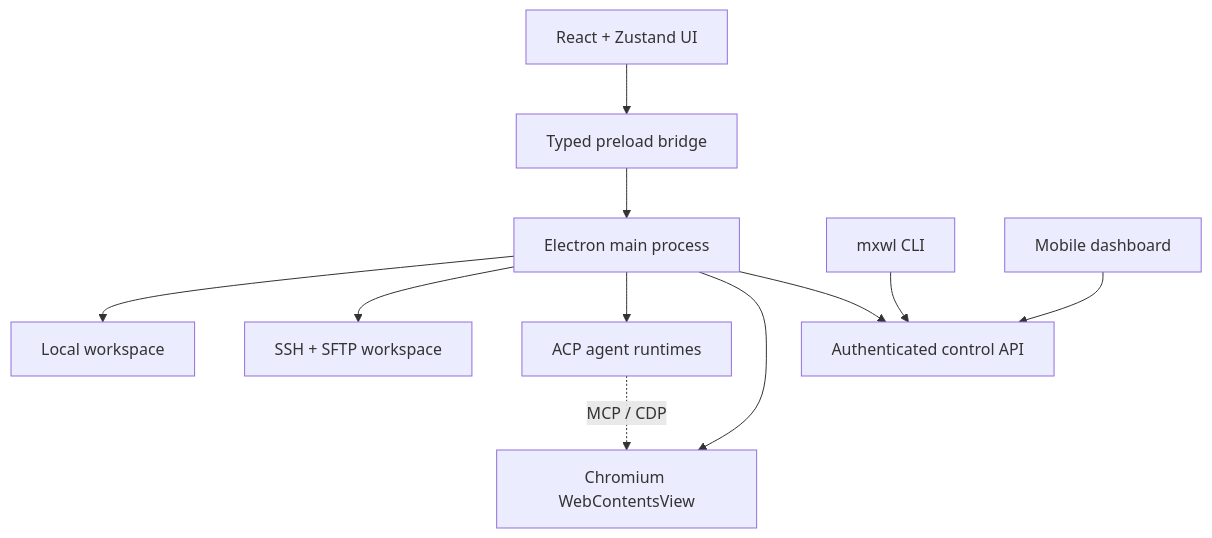
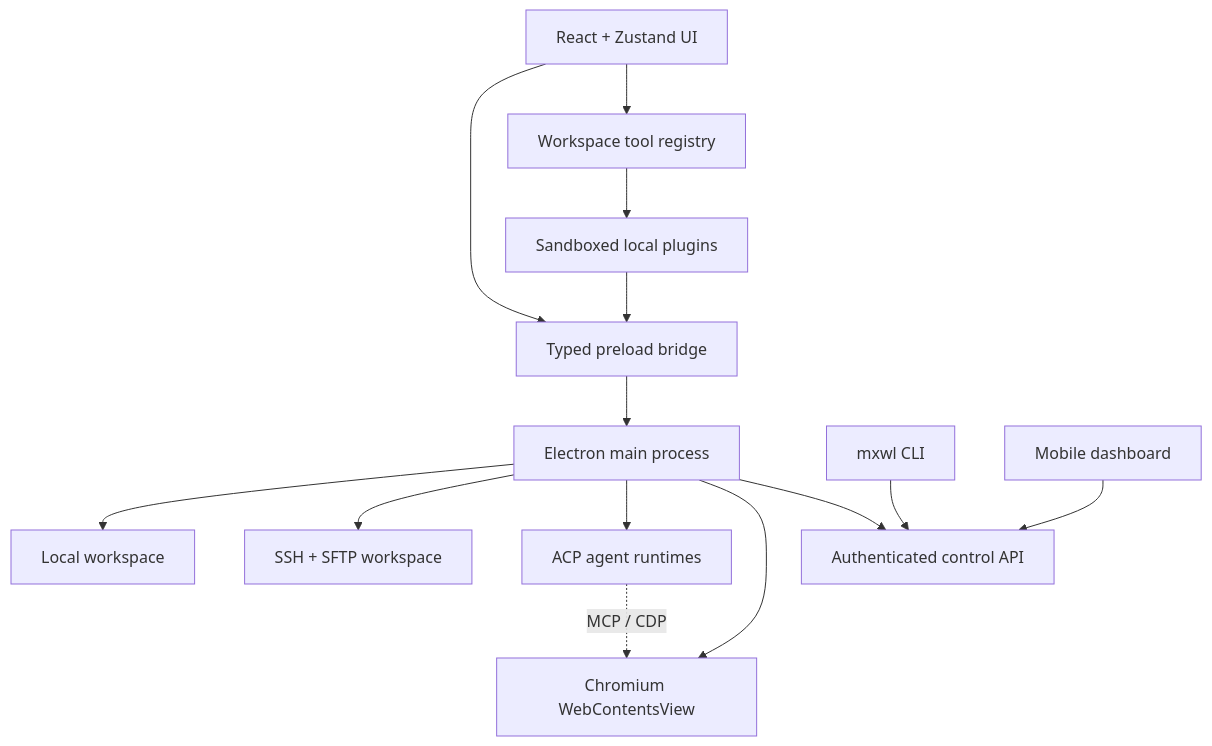
The second of 2 diagrams in README.md (KerryRitter/mxwl-editor), drawn with Mermaid before and after one commit. The commit also changed other lines of this file and 27 other files, not shown here.

First line of the commit message:
feat(plugins): add workspace tool architecture

````diff
--- a/README.md
+++ b/README.md
@@ -266,13 +278,16 @@
 ```mermaid
 flowchart TB
     UI[React + Zustand UI] --> PRELOAD[Typed preload bridge]
     PRELOAD --> MAIN[Electron main process]
+    UI --> PLUGINS[Workspace tool registry]
+    PLUGINS --> SANDBOX[Sandboxed local plugins]
+    SANDBOX --> PRELOAD
     MAIN --> LOCAL[Local workspace]
     MAIN --> SSH[SSH + SFTP workspace]
     MAIN --> ACP[ACP agent runtimes]
     MAIN --> WEB[Chromium WebContentsView]
     MAIN --> CONTROL[Authenticated control API]
     CLI[mxwl CLI] --> CONTROL
     MOBILE[Mobile dashboard] --> CONTROL
     ACP -. MCP / CDP .-> WEB
 ```
````
